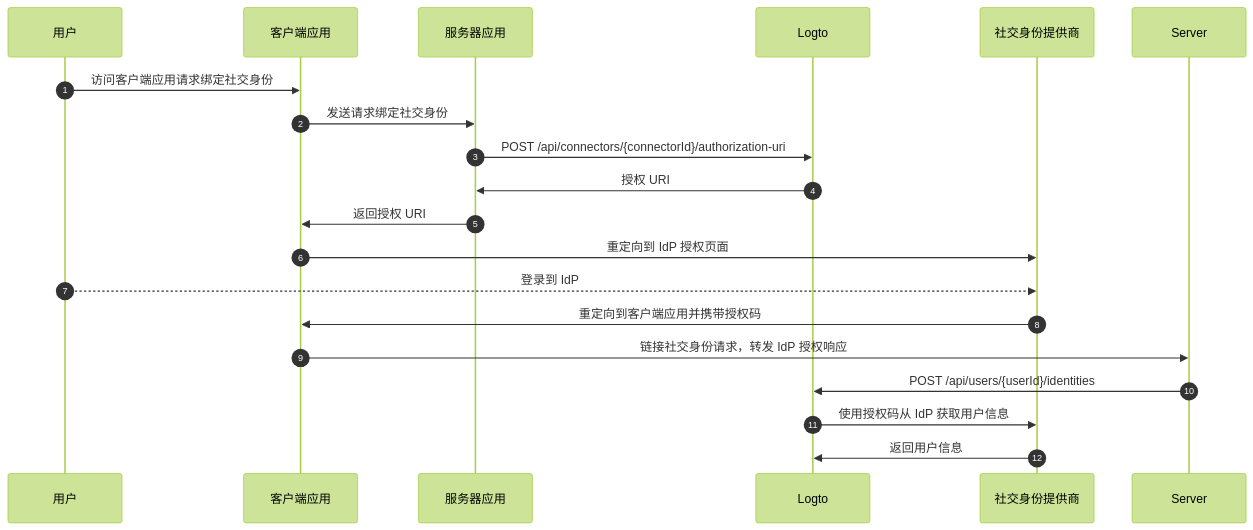
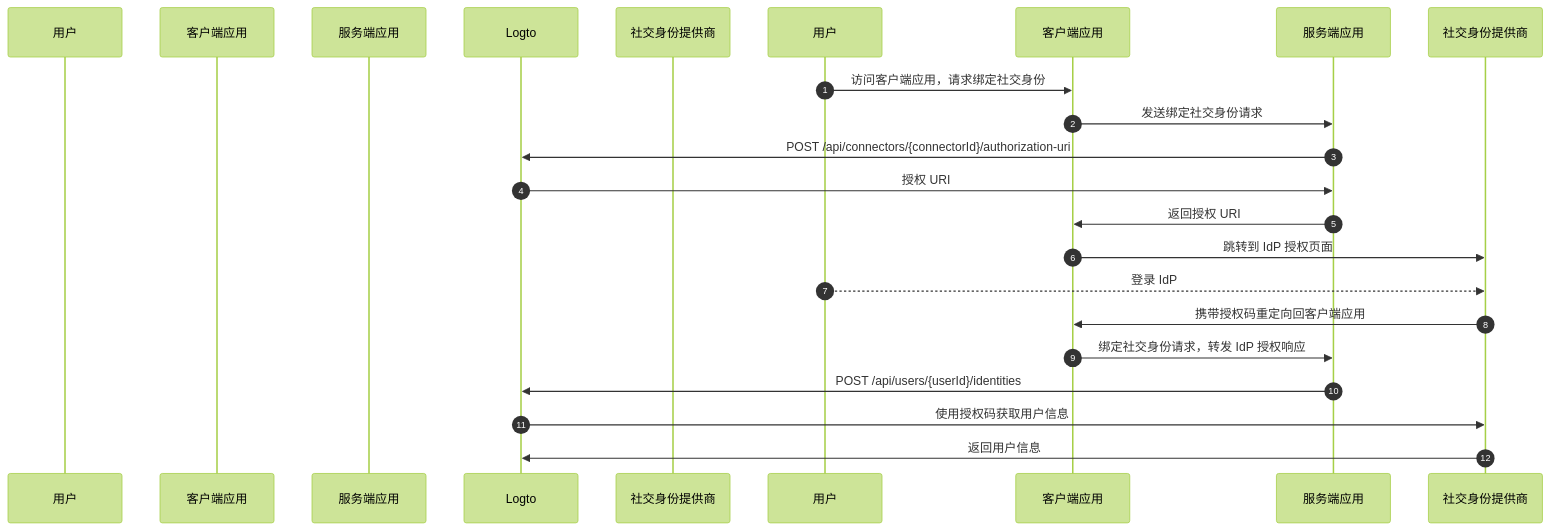
Before and after one commit to logto-io/docs: the third of 3 diagrams in i18n/zh-CN/docusaurus-plugin-content-docs/current/end-user-flows/account-settings/by-management-api.mdx, drawn with Mermaid (forest theme). The commit also changed other lines of this file and 162 other files, not shown here.

````diff
--- a/i18n/zh-CN/docusaurus-plugin-content-docs/current/end-user-flows/account-settings/by-management-api.mdx
+++ b/i18n/zh-CN/docusaurus-plugin-content-docs/current/end-user-flows/account-settings/by-management-api.mdx
@@ -120,22 +120,22 @@
 ```mermaid
 sequenceDiagram
     autoNumber
     participant User as 用户
     participant Client as 客户端应用
-    participant App as 服务器应用
+    participant App as 服务端应用
     participant Logto as Logto
     participant IdP as 社交身份提供商
 
-    User ->> Client: 访问客户端应用请求绑定社交身份
-    Client ->> App: 发送请求绑定社交身份
-    App ->> Logto: POST /api/connectors/{connectorId}/authorization-uri
-    Logto ->> App: 授权 URI
-    App ->> Client: 返回授权 URI
-    Client ->> IdP: 重定向到 IdP 授权页面
-    User -->> IdP: 登录到 IdP
-    IdP ->> Client: 重定向到客户端应用并携带授权码
-    Client ->> Server: 链接社交身份请求，转发 IdP 授权响应
-    Server ->> Logto: POST /api/users/{userId}/identities
-    Logto ->> IdP: 使用授权码从 IdP 获取用户信息
-    IdP ->> Logto: 返回用户信息
+    用户 ->> 客户端应用: 访问客户端应用，请求绑定社交身份
+    客户端应用 ->> 服务端应用: 发送绑定社交身份请求
+    服务端应用 ->> Logto: POST /api/connectors/{connectorId}/authorization-uri
+    Logto ->> 服务端应用: 授权 URI
+    服务端应用 ->> 客户端应用: 返回授权 URI
+    客户端应用 ->> 社交身份提供商: 跳转到 IdP 授权页面
+    用户 -->> 社交身份提供商: 登录 IdP
+    社交身份提供商 ->> 客户端应用: 携带授权码重定向回客户端应用
+    客户端应用 ->> 服务端应用: 绑定社交身份请求，转发 IdP 授权响应
+    服务端应用 ->> Logto: POST /api/users/{userId}/identities
+    Logto ->> 社交身份提供商: 使用授权码获取用户信息
+    社交身份提供商 ->> Logto: 返回用户信息
 ```
````
